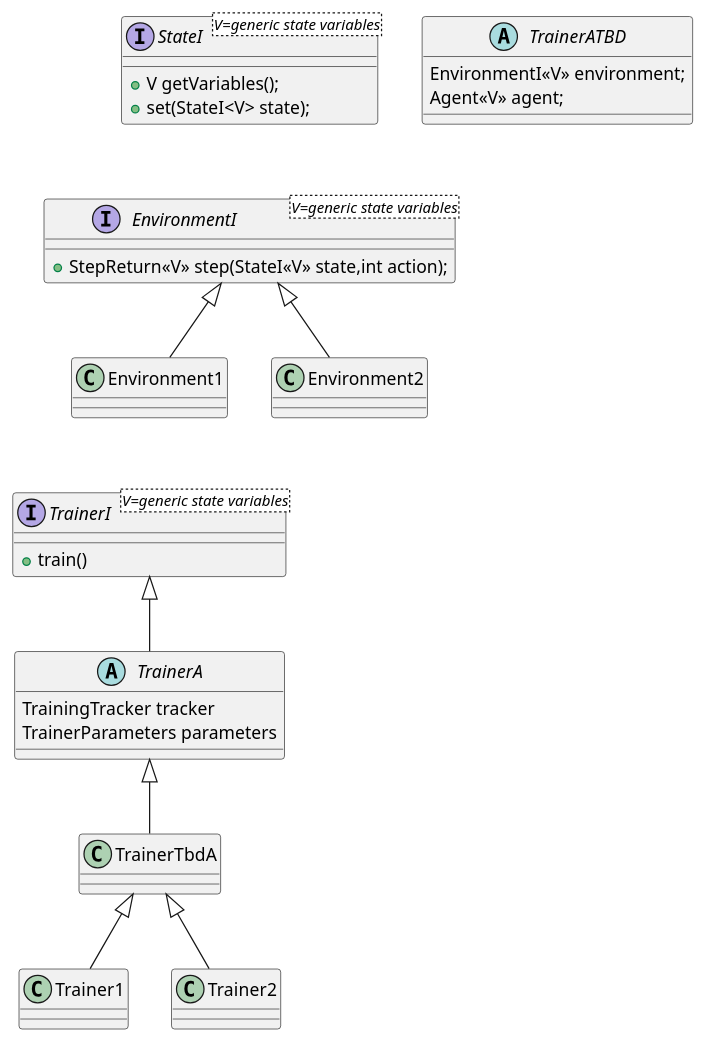
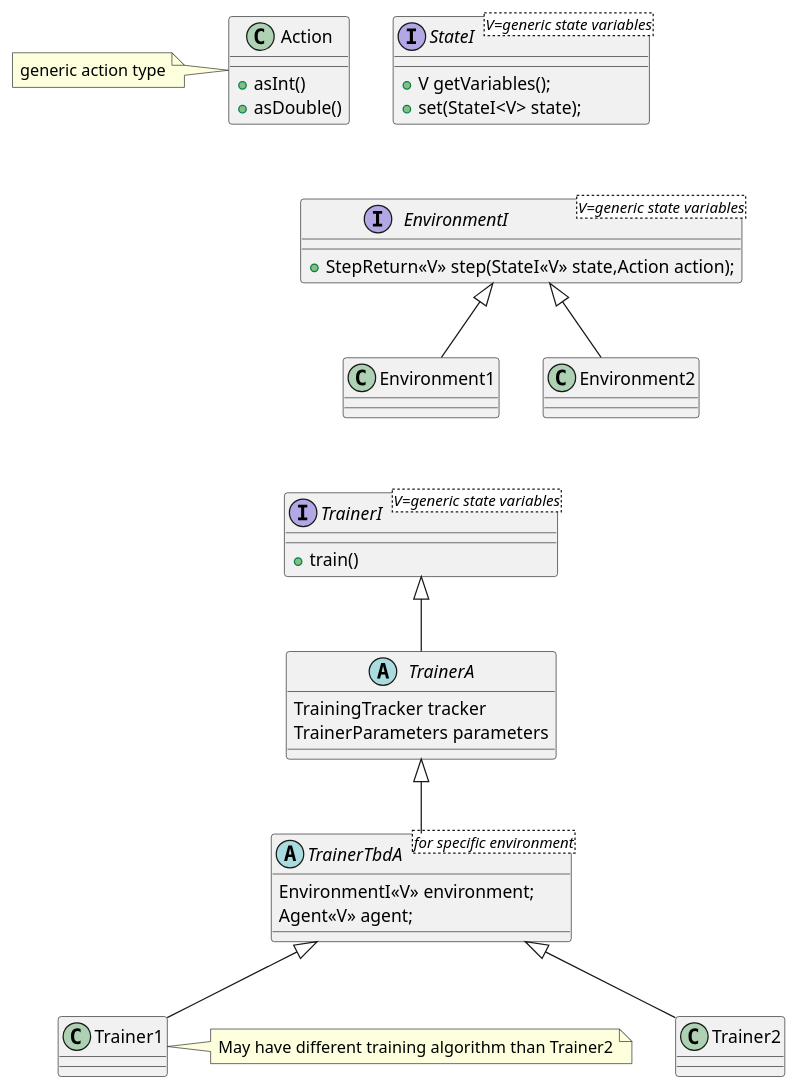
Before and after one commit to JonasHellgren/MachineLearning: the diagram in src/main/java/policy_gradient_problems/class_diagrams/state_trainer_environment.puml, drawn with PlantUML. The commit also changed 23 other files, not shown here.

```diff
--- a/src/main/java/policy_gradient_problems/class_diagrams/state_trainer_environment.puml
+++ b/src/main/java/policy_gradient_problems/class_diagrams/state_trainer_environment.puml
@@ -2,45 +2,51 @@
 @startuml
 'https://plantuml.com/class-diagram
 
 
 interface StateI<V=generic state variables> {
 + V getVariables();
 + set(StateI<V> state);
 }
 
+class Action {
++ asInt()
++ asDouble()
+}
 
-
+note left of Action : generic action type
 
 interface TrainerI<V=generic state variables> {
 + train()
 }
 
 abstract class TrainerA {
 TrainingTracker tracker
 TrainerParameters parameters
 }
 
-abstract class TrainerATBD {
+abstract class TrainerTbdA<for specific environment> {
     EnvironmentI<<V>> environment;
     Agent<<V>> agent;
 }
 
 interface EnvironmentI<V=generic state variables> {
-+  StepReturn<<V>> step(StateI<<V>> state,int action);
++  StepReturn<<V>> step(StateI<<V>> state,Action action);
 '/ +  boolean isTerminalState(StateI<<V>> state);
 }
 
 
 EnvironmentI <|-- Environment1
 EnvironmentI <|-- Environment2
 
 TrainerI <|-- TrainerA
 TrainerA <|-- TrainerTbdA
 TrainerTbdA  <|-- Trainer1
 TrainerTbdA  <|-- Trainer2
 
+note right of Trainer1 : May have different training algorithm than Trainer2
+
 StateI -[hidden]- EnvironmentI
 Environment1 -[hidden]- TrainerI
 
 
 @enduml
```
